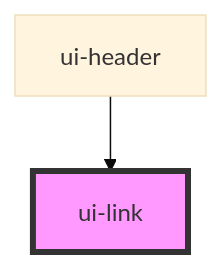
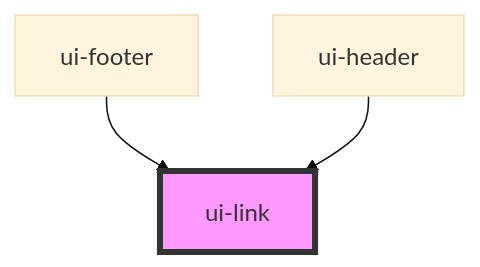
Before and after one commit to ElSimpatico/personal-site: the diagram in packages/ui-kit/src/components/atoms/link/readme.md, drawn with Mermaid (base theme). The commit also changed other lines of this file and 5 other files, not shown here.

````diff
--- a/packages/ui-kit/src/components/atoms/link/readme.md
+++ b/packages/ui-kit/src/components/atoms/link/readme.md
@@ -32,5 +33,6 @@
 ```mermaid
 graph TD;
+  ui-footer --> ui-link
   ui-header --> ui-link
   style ui-link fill:#f9f,stroke:#333,stroke-width:4px
 ```
````
